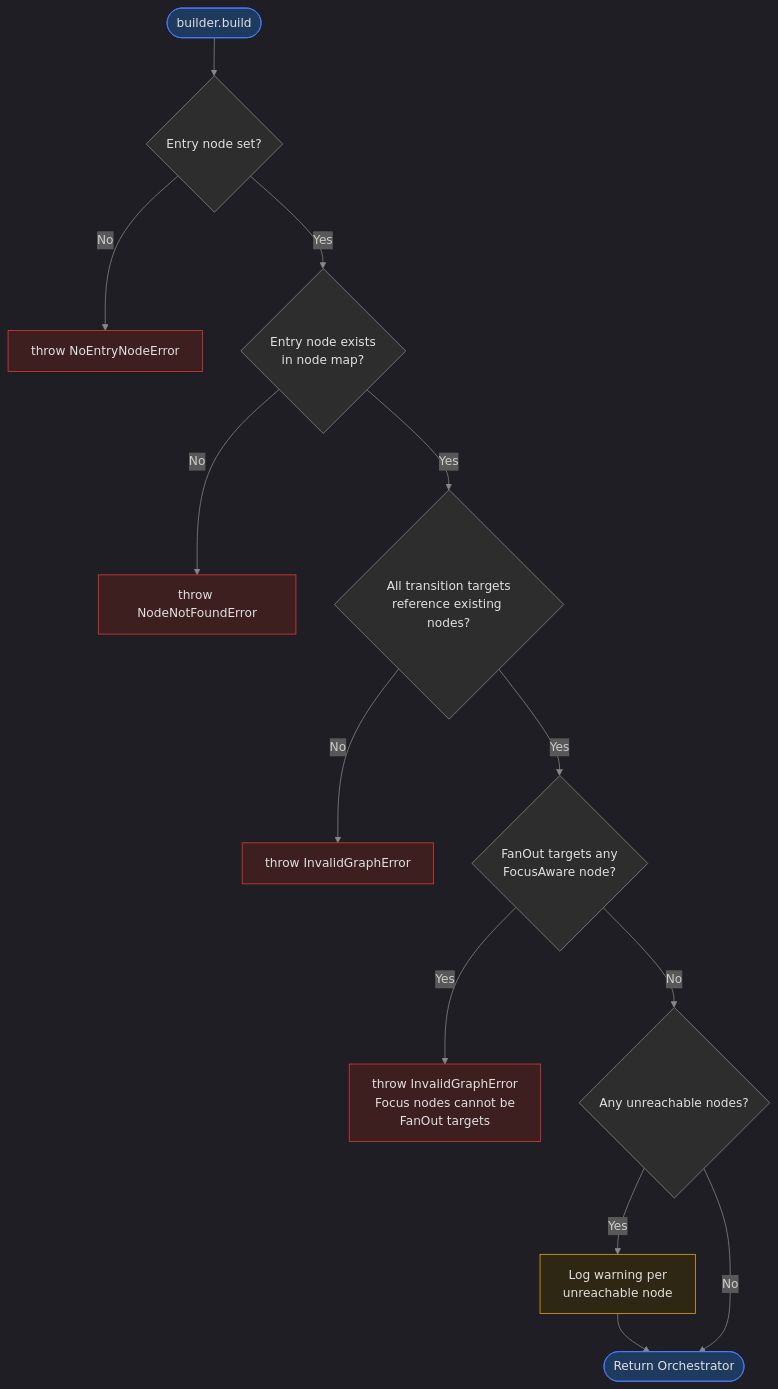
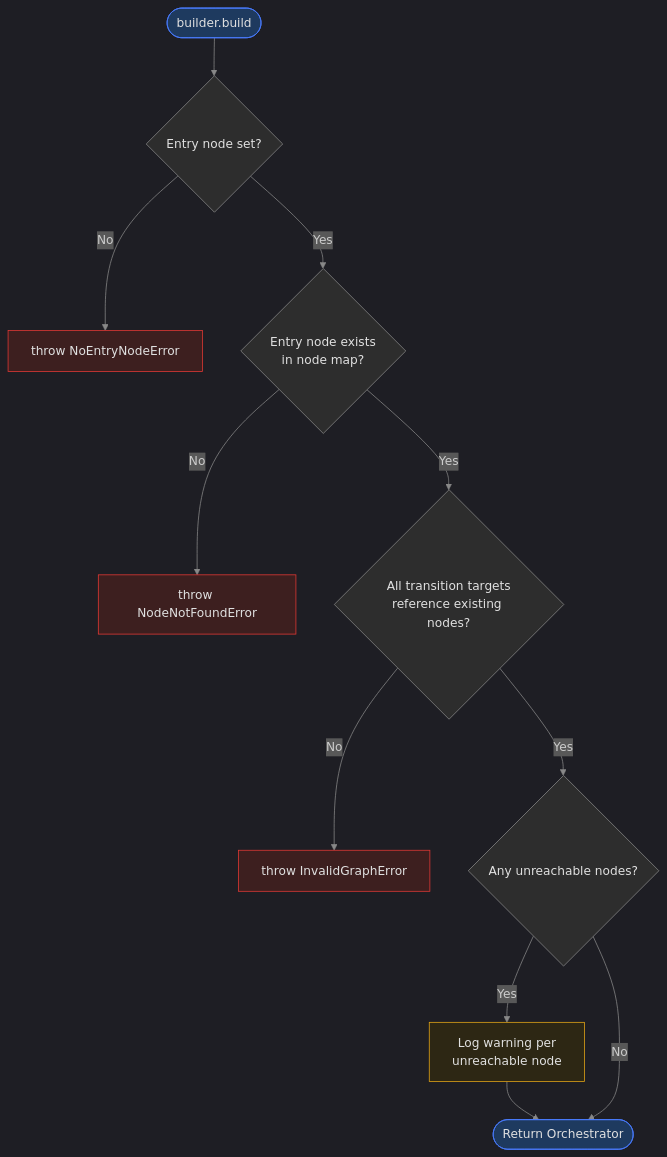
Before and after one commit to MoC-OSS/LOFT: the seventh of 8 diagrams in docs/concepts/agents/flow-diagrams.md, drawn with Mermaid. The commit also changed other lines of this file and 95 other files, not shown here.

````diff
--- a/docs/concepts/agents/flow-diagrams.md
+++ b/docs/concepts/agents/flow-diagrams.md
@@ -314,39 +314,34 @@
 ```mermaid
 %%{init: {'theme': 'dark', 'themeVariables': {'primaryColor': '#1e3a5f', 'primaryTextColor': '#e0e0e0', 'primaryBorderColor': '#4a7dff', 'lineColor': '#888', 'background': '#141414', 'mainBkg': '#1e1e2e', 'nodeBorder': '#555'}}}%%
 flowchart TD
     BUILD([builder.build]):::orch
 
     V1{Entry node set?}:::decision
     E1[throw NoEntryNodeError]:::error
 
     V2{Entry node exists<br/>in node map?}:::decision
     E2[throw NodeNotFoundError]:::error
 
     V3{All transition targets<br/>reference existing nodes?}:::decision
     E3[throw InvalidGraphError]:::error
 
-    V4{FanOut targets any<br/>FocusAware node?}:::decision
-    E4[throw InvalidGraphError<br/>Focus nodes cannot be<br/>FanOut targets]:::error
-
     V5{Any unreachable nodes?}:::decision
     W1[Log warning per<br/>unreachable node]:::warn
 
     OK([Return Orchestrator]):::orch
 
     BUILD --> V1
     V1 -->|No| E1
     V1 -->|Yes| V2
     V2 -->|No| E2
     V2 -->|Yes| V3
     V3 -->|No| E3
-    V3 -->|Yes| V4
-    V4 -->|Yes| E4
-    V4 -->|No| V5
+    V3 -->|Yes| V5
     V5 -->|Yes| W1 --> OK
     V5 -->|No| OK
 
     classDef orch fill:#1e3a5f,stroke:#4a7dff,color:#e0e0e0
     classDef decision fill:#2d2d2d,stroke:#888,color:#e0e0e0
     classDef error fill:#3d1f1f,stroke:#e53935,color:#e0e0e0
     classDef warn fill:#2d2714,stroke:#e6a817,color:#e0e0e0
 ```
````
